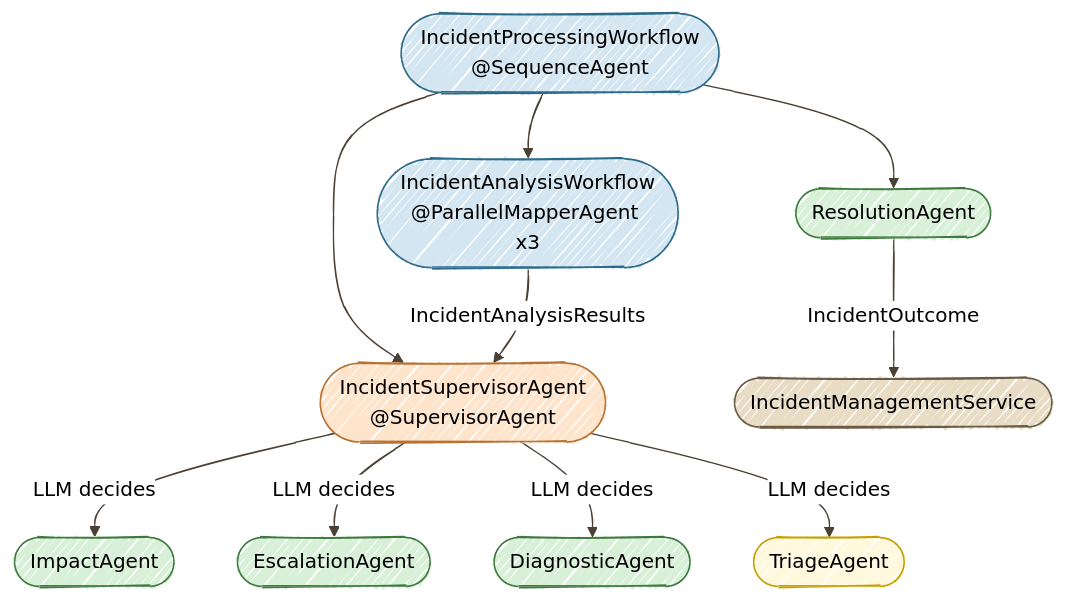
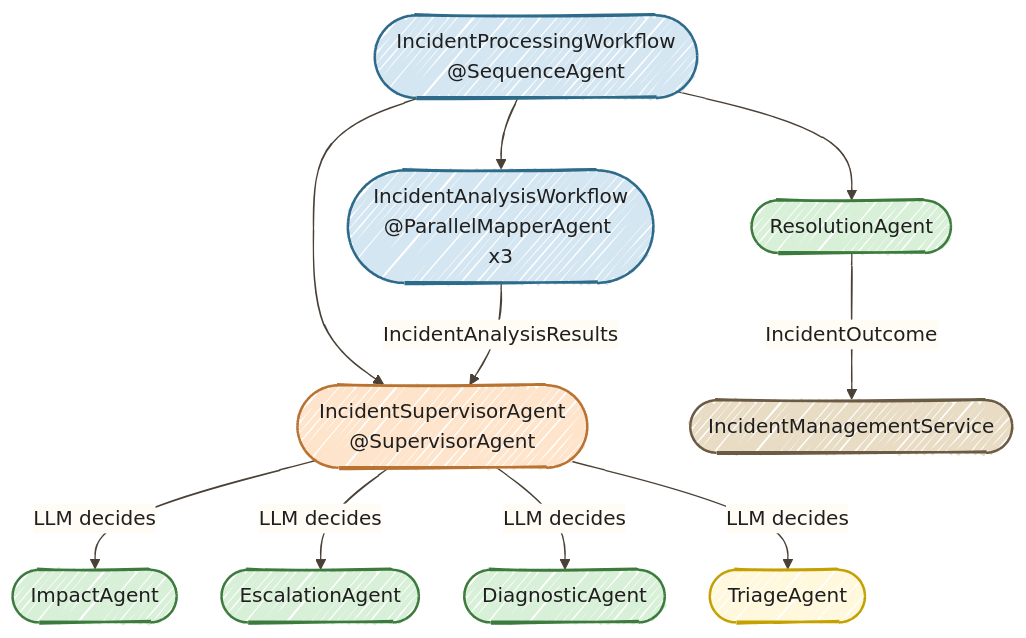
The diagram in docs/04-supervisor/START_HERE.md (danieloh30/techxchange-2026-quarkus-bob-lab), drawn with Mermaid before and after one commit. The commit also changed 7 other files, not shown here.

Commit message:
Improve hand-drawn Mermaid readability in light and dark modes

````diff
--- a/docs/04-supervisor/START_HERE.md
+++ b/docs/04-supervisor/START_HERE.md
@@ -25,36 +25,36 @@
 ```mermaid
-%%{init: {'look':'handDrawn','theme':'neutral','themeVariables': {'lineColor':'#4A4035'}}}%%
+%%{init: {'look':'handDrawn','theme':'base','themeVariables': {'darkMode':false,'background':'#FFFCF5','primaryTextColor':'#1F1F1F','secondaryTextColor':'#1F1F1F','tertiaryTextColor':'#1F1F1F','textColor':'#1F1F1F','lineColor':'#4A4035','edgeLabelBackground':'#FFFCF5','clusterBkg':'#F5F5F0','clusterBorder':'#6B5B45','fontSize':'16px'},'flowchart': {'nodeSpacing':35,'rankSpacing':55,'padding':18}}}%%
 flowchart TD
     IPW(["IncidentProcessingWorkflow<br/>@SequenceAgent"])
     IAW(["IncidentAnalysisWorkflow<br/>@ParallelMapperAgent x3"])
     ISA(["IncidentSupervisorAgent<br/>@SupervisorAgent"])
     RA([ResolutionAgent])
     IA([ImpactAgent])
     EA([EscalationAgent])
     DA([DiagnosticAgent])
     TA([TriageAgent])
     IMS([IncidentManagementService])
 
     IPW --> IAW
     IPW --> ISA
     IPW --> RA
 
     IAW -->|IncidentAnalysisResults| ISA
 
     ISA -->|LLM decides| IA
     ISA -->|LLM decides| EA
     ISA -->|LLM decides| DA
     ISA -->|LLM decides| TA
 
     RA -->|IncidentOutcome| IMS
 
-    style IPW fill:#D4E6F1,stroke:#2E6B8A
-    style IAW fill:#D4E6F1,stroke:#2E6B8A
-    style ISA fill:#FFE4CC,stroke:#B87333
-    style RA fill:#D8F0D8,stroke:#3D7A3D
-    style IA fill:#D8F0D8,stroke:#3D7A3D
-    style EA fill:#D8F0D8,stroke:#3D7A3D
-    style DA fill:#D8F0D8,stroke:#3D7A3D
-    style TA fill:#FFF8DC,stroke:#C4A000
-    style IMS fill:#E8DCC4,stroke:#6B5B45
+    style IPW fill:#D4E6F1,stroke:#2E6B8A,color:#1F1F1F,stroke-width:2px
+    style IAW fill:#D4E6F1,stroke:#2E6B8A,color:#1F1F1F,stroke-width:2px
+    style ISA fill:#FFE4CC,stroke:#B87333,color:#1F1F1F,stroke-width:2px
+    style RA fill:#D8F0D8,stroke:#3D7A3D,color:#1F1F1F,stroke-width:2px
+    style IA fill:#D8F0D8,stroke:#3D7A3D,color:#1F1F1F,stroke-width:2px
+    style EA fill:#D8F0D8,stroke:#3D7A3D,color:#1F1F1F,stroke-width:2px
+    style DA fill:#D8F0D8,stroke:#3D7A3D,color:#1F1F1F,stroke-width:2px
+    style TA fill:#FFF8DC,stroke:#C4A000,color:#1F1F1F,stroke-width:2px
+    style IMS fill:#E8DCC4,stroke:#6B5B45,color:#1F1F1F,stroke-width:2px
 ```
````
